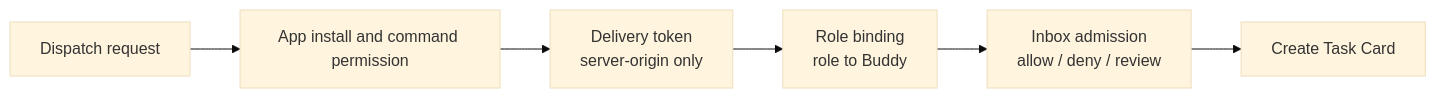
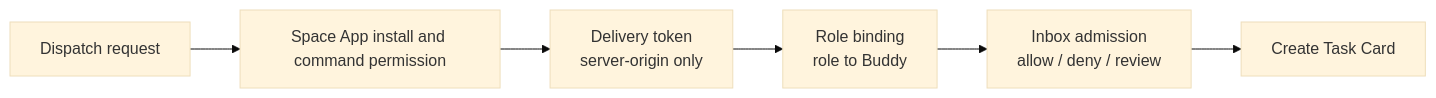
Before and after one commit to buggyblues/shadow: the seventh of 8 diagrams in docs/development/buddy-inbox-system-design-summary.md, drawn with Mermaid (base theme). The commit also changed other lines of this file and 1186 other files, not shown here.

````diff
--- a/docs/development/buddy-inbox-system-design-summary.md
+++ b/docs/development/buddy-inbox-system-design-summary.md
@@ -191,15 +191,15 @@
 ```mermaid
 flowchart LR
   Request["Dispatch request"]
-  AppAuth["App install and command permission"]
+  AppAuth["Space App install and command permission"]
   Token["Delivery token<br/>server-origin only"]
   Role["Role binding<br/>role to Buddy"]
   Admission["Inbox admission<br/>allow / deny / review"]
   Create["Create Task Card"]
 
   Request --> AppAuth
   AppAuth --> Token
   Token --> Role
   Role --> Admission
   Admission --> Create
 ```
````
